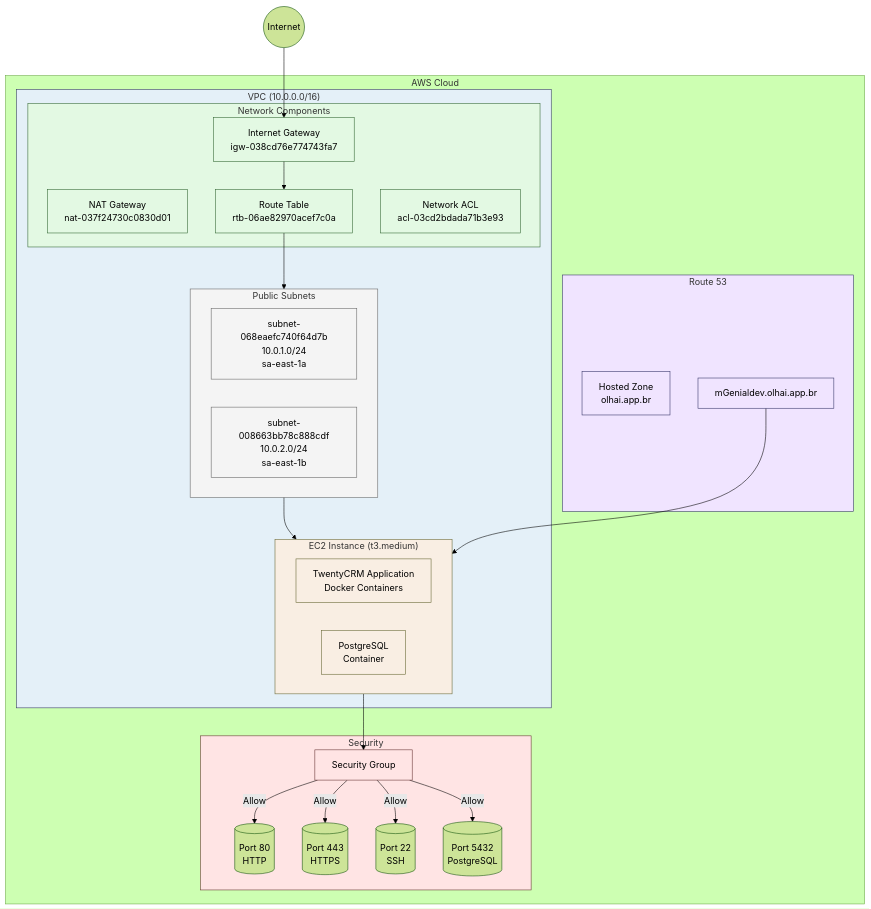
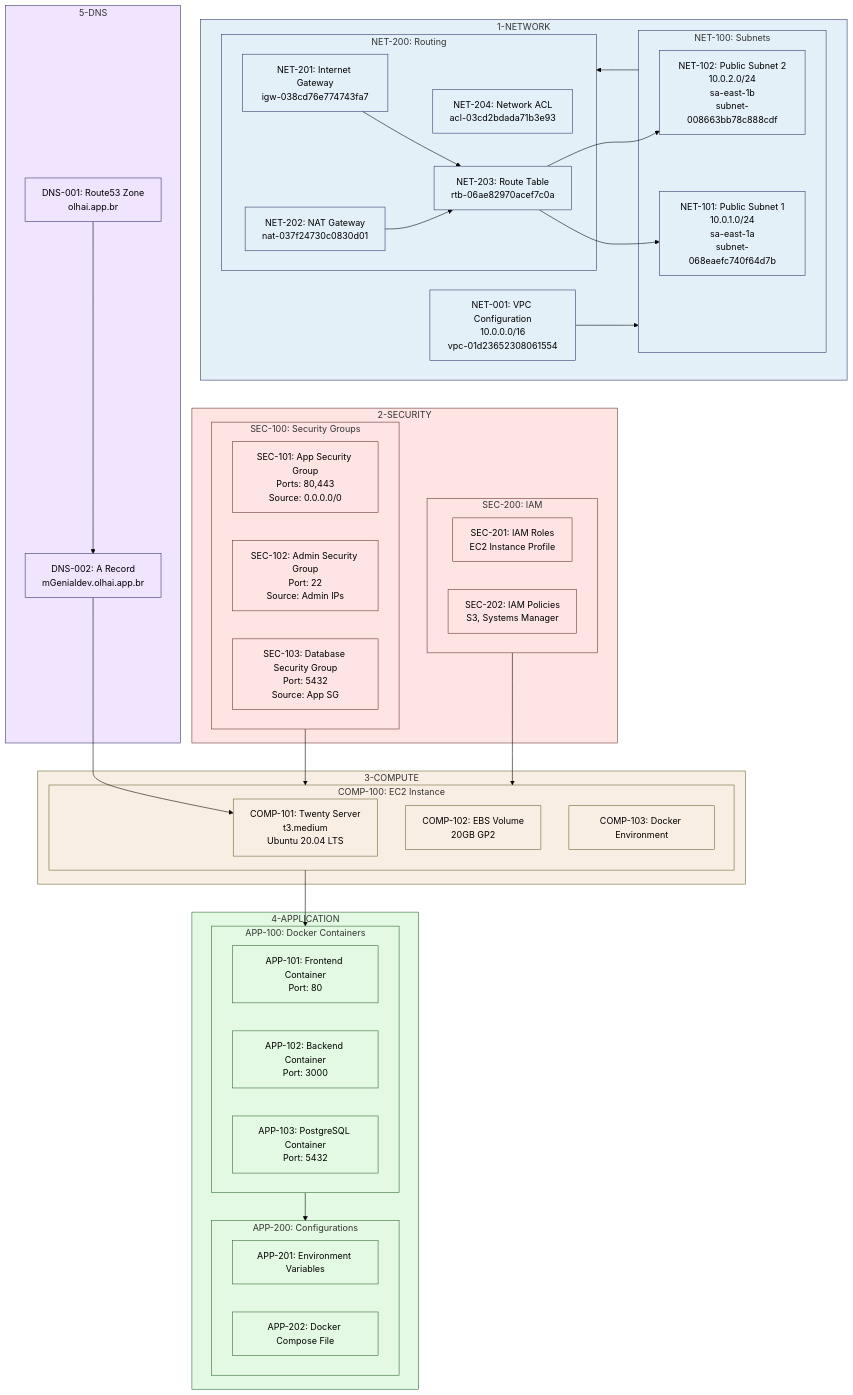
One commit to OlhaiHub/twentyapptemplate changed the first of 2 diagrams in docs/architecture/README.md. Above: the diagram before and after it, drawn with Mermaid (forest theme). The commit also changed other lines of this file, not shown here.

Commit message:
Update README.md
v6

````diff
--- a/docs/architecture/README.md
+++ b/docs/architecture/README.md
@@ -4,57 +4,86 @@
 ```mermaid
 graph TB
-    subgraph AWS_Cloud["AWS Cloud"]
-        subgraph VPC["VPC (10.0.0.0/16)"]
-            subgraph PublicSubnets["Public Subnets"]
-                PS1["subnet-068eaefc740f64d7b\n10.0.1.0/24\nsa-east-1a"]
-                PS2["subnet-008663bb78c888cdf\n10.0.2.0/24\nsa-east-1b"]
-            end
-            
-            subgraph EC2["EC2 Instance (t3.medium)"]
-                APP["TwentyCRM Application\nDocker Containers"]
-                PG["PostgreSQL\nContainer"]
-            end
-            
-            subgraph Network["Network Components"]
-                IGW["Internet Gateway\nigw-038cd76e774743fa7"]
-                NAT["NAT Gateway\nnat-037f24730c0830d01"]
-                RT["Route Table\nrtb-06ae82970acef7c0a"]
-                NACL["Network ACL\nacl-03cd2bdada71b3e93"]
-            end
+    subgraph NET["1-NETWORK"]
+        VPC["NET-001: VPC Configuration<br/>10.0.0.0/16<br/>vpc-01d23652308061554"]
+        
+        subgraph SUBNETS["NET-100: Subnets"]
+            PUB1["NET-101: Public Subnet 1<br/>10.0.1.0/24<br/>sa-east-1a<br/>subnet-068eaefc740f64d7b"]
+            PUB2["NET-102: Public Subnet 2<br/>10.0.2.0/24<br/>sa-east-1b<br/>subnet-008663bb78c888cdf"]
         end
         
-        subgraph Security["Security"]
-            SG["Security Group"]
-            SG -->|Allow| HTTP[("Port 80\nHTTP")]
-            SG -->|Allow| HTTPS[("Port 443\nHTTPS")]
-            SG -->|Allow| SSH[("Port 22\nSSH")]
-            SG -->|Allow| POSTGRES[("Port 5432\nPostgreSQL")]
+        subgraph ROUTING["NET-200: Routing"]
+            IGW["NET-201: Internet Gateway<br/>igw-038cd76e774743fa7"]
+            NAT["NET-202: NAT Gateway<br/>nat-037f24730c0830d01"]
+            RT["NET-203: Route Table<br/>rtb-06ae82970acef7c0a"]
+            NACL["NET-204: Network ACL<br/>acl-03cd2bdada71b3e93"]
+        end
+    end
+
+    subgraph SEC["2-SECURITY"]
+        subgraph SG["SEC-100: Security Groups"]
+            SGAPP["SEC-101: App Security Group<br/>Ports: 80,443<br/>Source: 0.0.0.0/0"]
+            SGADM["SEC-102: Admin Security Group<br/>Port: 22<br/>Source: Admin IPs"]
+            SGDB["SEC-103: Database Security Group<br/>Port: 5432<br/>Source: App SG"]
         end
         
-        subgraph DNS["Route 53"]
-            R53["Hosted Zone\nolhai.app.br"]
-            DOMAIN["mGenialdev.olhai.app.br"]
+        subgraph IAM["SEC-200: IAM"]
+            ROLES["SEC-201: IAM Roles<br/>EC2 Instance Profile"]
+            POLS["SEC-202: IAM Policies<br/>S3, Systems Manager"]
         end
     end
+
+    subgraph COMP["3-COMPUTE"]
+        subgraph EC2["COMP-100: EC2 Instance"]
+            INST["COMP-101: Twenty Server<br/>t3.medium<br/>Ubuntu 20.04 LTS"]
+            EBS["COMP-102: EBS Volume<br/>20GB GP2"]
+            DOCKER["COMP-103: Docker Environment"]
+        end
+    end
+
+    subgraph APP["4-APPLICATION"]
+        subgraph CONTAINERS["APP-100: Docker Containers"]
+            FRONT["APP-101: Frontend Container<br/>Port: 80"]
+            BACK["APP-102: Backend Container<br/>Port: 3000"]
+            POSTGRES["APP-103: PostgreSQL Container<br/>Port: 5432"]
+        end
+        
+        subgraph CONFIG["APP-200: Configurations"]
+            ENV["APP-201: Environment Variables"]
+            COMPOSE["APP-202: Docker Compose File"]
+        end
+    end
+
+    subgraph DNS["5-DNS"]
+        ROUTE53["DNS-001: Route53 Zone<br/>olhai.app.br"]
+        RECORD["DNS-002: A Record<br/>mGenialdev.olhai.app.br"]
+    end
+
+    %% Relationships
+    VPC --> SUBNETS
+    SUBNETS --> ROUTING
+    IGW --> RT
+    NAT --> RT
+    RT --> PUB1
+    RT --> PUB2
     
-    INTERNET((Internet)) --> IGW
-    IGW --> RT
-    RT --> PublicSubnets
-    PublicSubnets --> EC2
-    EC2 --> SG
-    DOMAIN --> EC2
+    SG --> EC2
+    IAM --> EC2
+    
+    EC2 --> CONTAINERS
+    CONTAINERS --> CONFIG
+    
+    ROUTE53 --> RECORD
+    RECORD --> INST
 
-    classDef vpc fill:#e4f0f8,stroke:#336
-    classDef subnet fill:#f4f4f4,stroke:#666
-    classDef ec2 fill:#f9eee3,stroke:#663
-    classDef network fill:#e3f9e3,stroke:#363
+    classDef network fill:#e4f0f8,stroke:#336
     classDef security fill:#ffe4e4,stroke:#633
+    classDef compute fill:#f9eee3,stroke:#663
+    classDef application fill:#e3f9e3,stroke:#363
     classDef dns fill:#f0e4ff,stroke:#336
     
-    class VPC vpc
-    class PublicSubnets,PS1,PS2 subnet
-    class EC2,APP,PG ec2
-    class Network,IGW,NAT,RT,NACL network
-    class Security,SG security
-    class DNS,R53,DOMAIN dns
+    class NET,VPC,SUBNETS,ROUTING,PUB1,PUB2,IGW,NAT,RT,NACL network
+    class SEC,SG,SGAPP,SGADM,SGDB,IAM,ROLES,POLS security
+    class COMP,EC2,INST,EBS,DOCKER compute
+    class APP,CONTAINERS,FRONT,BACK,POSTGRES,CONFIG,ENV,COMPOSE application
+    class DNS,ROUTE53,RECORD dns
 ```
````
